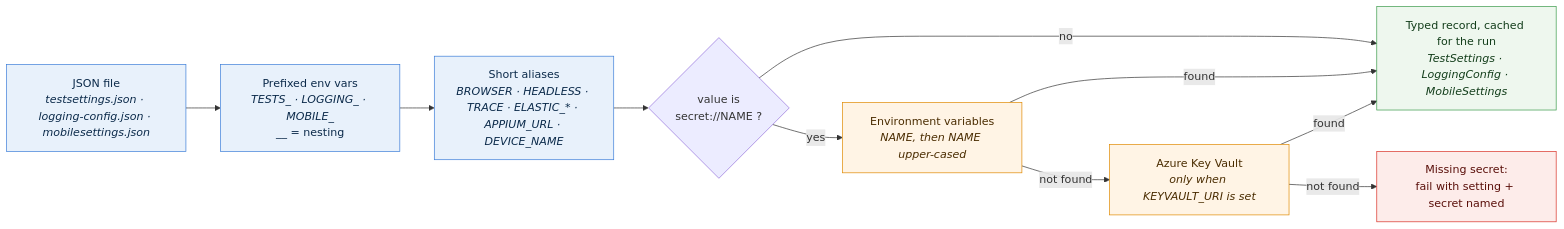
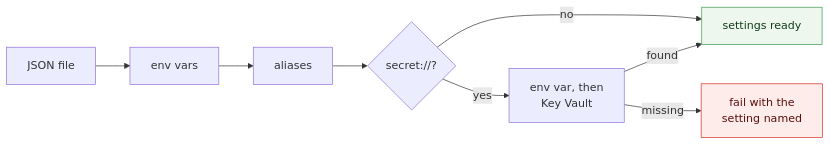
Before and after one commit to ravs788/complete-test-automation-fmw: the fifth of 6 diagrams in docs/DIAGRAMS.md, drawn with Mermaid. The commit also changed other lines of this file and 1 other file, not shown here.

First line of the commit message:
docs: simplify the Mermaid diagrams for readability

````diff
--- a/docs/DIAGRAMS.md
+++ b/docs/DIAGRAMS.md
@@ -195,28 +152,13 @@
 ```mermaid
 flowchart LR
-    J["JSON file<br/><i>testsettings.json · logging-config.json · mobilesettings.json</i>"]
-    E["Prefixed env vars<br/><i>TESTS_ · LOGGING_ · MOBILE_</i><br/>__ = nesting"]
-    A["Short aliases<br/><i>BROWSER · HEADLESS · TRACE · ELASTIC_* · APPIUM_URL · DEVICE_NAME</i>"]
-    S{"value is<br/>secret://NAME ?"}
-    EP["Environment variables<br/><i>NAME, then NAME upper-cased</i>"]
-    KV["Azure Key Vault<br/><i>only when KEYVAULT_URI is set</i>"]
-    X["Missing secret:<br/>fail with setting + secret named"]
-    REC["Typed record, cached for the run<br/><i>TestSettings · LoggingConfig · MobileSettings</i>"]
+    J["JSON file"] --> E["env vars"] --> A["aliases"] --> S{"secret://?"}
+    S -- no --> OK["settings ready"]
+    S -- yes --> V["env var, then<br/>Key Vault"]
+    V -- found --> OK
+    V -- missing --> F["fail with the<br/>setting named"]
 
-    J --> E --> A --> S
-    S -- no --> REC
-    S -- yes --> EP
-    EP -- found --> REC
-    EP -- not found --> KV
-    KV -- found --> REC
-    KV -- not found --> X
-
-    classDef src fill:#e8f1fb,stroke:#3b7dd8,color:#0b2a4a
-    classDef secret fill:#fff4e5,stroke:#e08a00,color:#4a2c00
     classDef ok fill:#eef7ee,stroke:#3a9a4a,color:#123d1a
     classDef bad fill:#fdecea,stroke:#d93025,color:#5a0f0a
-    class J,E,A src
-    class EP,KV secret
-    class REC ok
-    class X bad
+    class OK ok
+    class F bad
 ```
````
